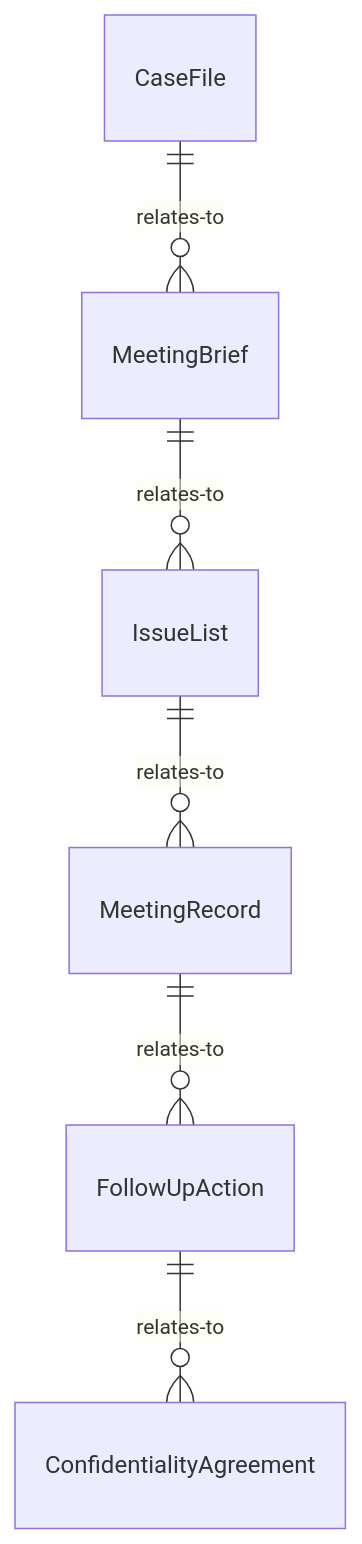
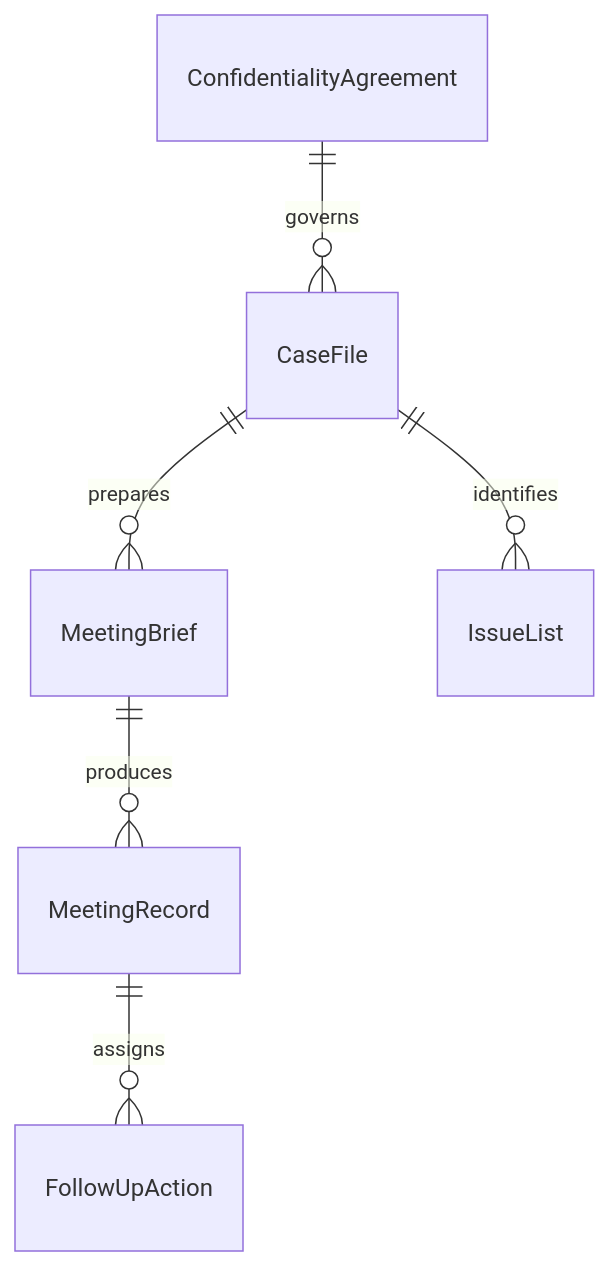
The first of 4 diagrams in CommunicatingWithSupervisorsPeersOrSubordinates/DiscussLegalMattersWithClientsDisputantsOrLegalProfessionalsOrStaff/MeetIndividualsInvolvedLegalProcesses.mdx (dot-org-ai/tasks.org.ai), drawn with Mermaid before and after one commit. The commit also changed other lines of this file and 515 other files, not shown here.

````diff
--- a/CommunicatingWithSupervisorsPeersOrSubordinates/DiscussLegalMattersWithClientsDisputantsOrLegalProfessionalsOrStaff/MeetIndividualsInvolvedLegalProcesses.mdx
+++ b/CommunicatingWithSupervisorsPeersOrSubordinates/DiscussLegalMattersWithClientsDisputantsOrLegalProfessionalsOrStaff/MeetIndividualsInvolvedLegalProcesses.mdx
@@ -88,8 +88,8 @@
 ```mermaid
 erDiagram
-    CaseFile ||--o{ MeetingBrief : relates-to
-    MeetingBrief ||--o{ IssueList : relates-to
-    IssueList ||--o{ MeetingRecord : relates-to
-    MeetingRecord ||--o{ FollowUpAction : relates-to
-    FollowUpAction ||--o{ ConfidentialityAgreement : relates-to
+    CaseFile ||--o{ MeetingBrief : prepares
+    CaseFile ||--o{ IssueList : identifies
+    MeetingBrief ||--o{ MeetingRecord : produces
+    MeetingRecord ||--o{ FollowUpAction : assigns
+    ConfidentialityAgreement ||--o{ CaseFile : governs
 ```
````
